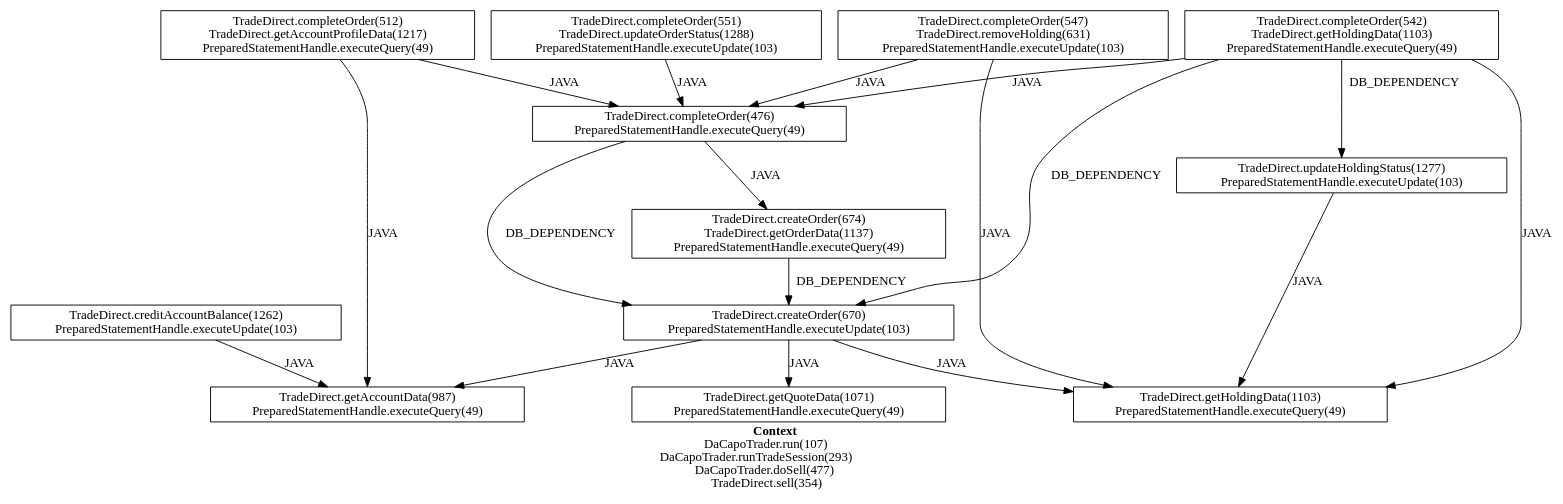
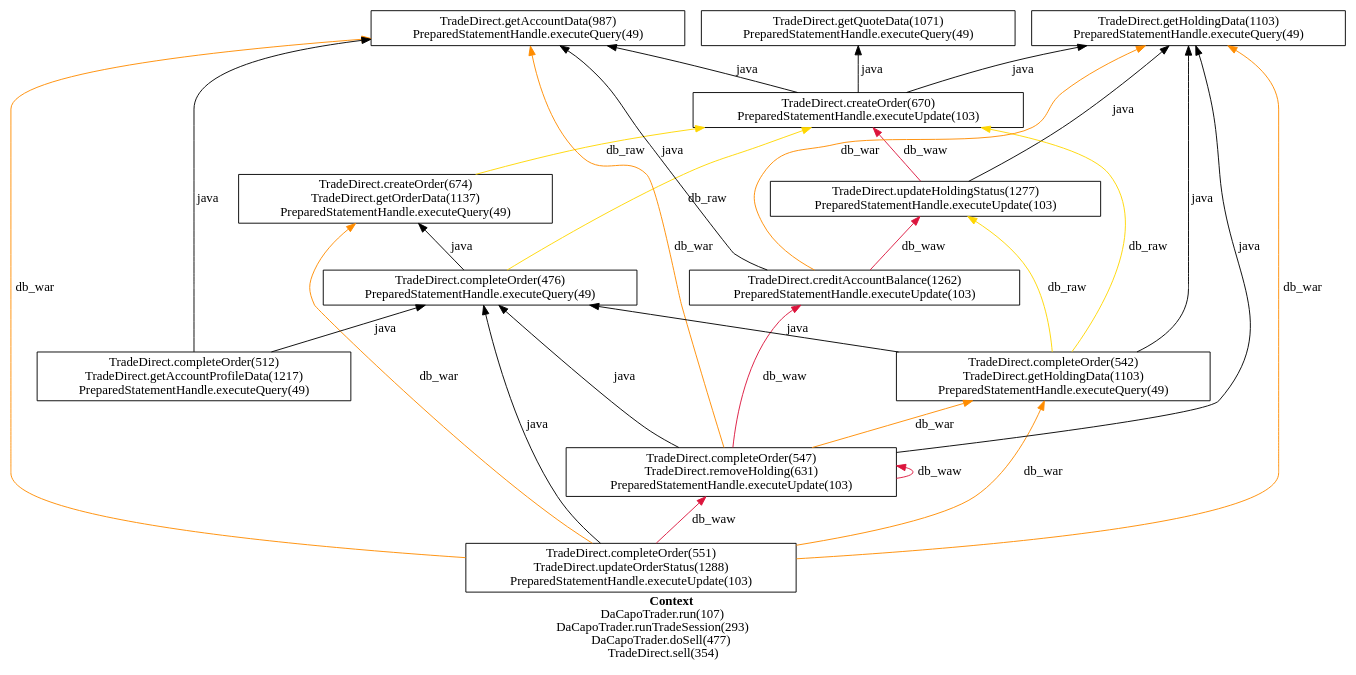
The diagram in pepe/results2/8.gv (jtamayo/pepe), drawn with Graphviz before and after one commit. The commit also changed 181 other files, not shown here.

```diff
--- a/pepe/results2/8.gv
+++ b/pepe/results2/8.gv
@@ -1,33 +1,44 @@
-digraph 454514340 { 
-label=<<font face="Times-Bold">Context</font><br/>DaCapoTrader.run(107)<br/>DaCapoTrader.runTradeSession(293)<br/>DaCapoTrader.doSell(477)<br/>TradeDirect.sell(354)>;
-//rankdir=RL;
+digraph 2125581447 { 
+label=<<font face="Times-Bold">Context</font><br/>DaCapoTrader.run(107)<br/>DaCapoTrader.runTradeSession(293)<br/>DaCapoTrader.doSell(477)<br/>TradeDirect.sell(354)>;rankdir=BT;
 1 [label="TradeDirect.completeOrder(476)\nPreparedStatementHandle.executeQuery(49)\n", shape=box];
 2 [label="TradeDirect.completeOrder(551)\nTradeDirect.updateOrderStatus(1288)\nPreparedStatementHandle.executeUpdate(103)\n", shape=box];
 3 [label="TradeDirect.getAccountData(987)\nPreparedStatementHandle.executeQuery(49)\n", shape=box];
 4 [label="TradeDirect.createOrder(674)\nTradeDirect.getOrderData(1137)\nPreparedStatementHandle.executeQuery(49)\n", shape=box];
 5 [label="TradeDirect.completeOrder(547)\nTradeDirect.removeHolding(631)\nPreparedStatementHandle.executeUpdate(103)\n", shape=box];
 6 [label="TradeDirect.getQuoteData(1071)\nPreparedStatementHandle.executeQuery(49)\n", shape=box];
 7 [label="TradeDirect.updateHoldingStatus(1277)\nPreparedStatementHandle.executeUpdate(103)\n", shape=box];
 8 [label="TradeDirect.completeOrder(542)\nTradeDirect.getHoldingData(1103)\nPreparedStatementHandle.executeQuery(49)\n", shape=box];
 9 [label="TradeDirect.creditAccountBalance(1262)\nPreparedStatementHandle.executeUpdate(103)\n", shape=box];
 10 [label="TradeDirect.createOrder(670)\nPreparedStatementHandle.executeUpdate(103)\n", shape=box];
 11 [label="TradeDirect.completeOrder(512)\nTradeDirect.getAccountProfileData(1217)\nPreparedStatementHandle.executeQuery(49)\n", shape=box];
 12 [label="TradeDirect.getHoldingData(1103)\nPreparedStatementHandle.executeQuery(49)\n", shape=box];
-1 -> 4 [label="JAVA"];
-1 -> 10 [label="DB_DEPENDENCY"];
-2 -> 1 [label="JAVA"];
-4 -> 10 [label="DB_DEPENDENCY"];
-5 -> 1 [label="JAVA"];
-5 -> 12 [label="JAVA"];
-7 -> 12 [label="JAVA"];
-8 -> 1 [label="JAVA"];
-8 -> 7 [label="DB_DEPENDENCY"];
-8 -> 10 [label="DB_DEPENDENCY"];
-8 -> 12 [label="JAVA"];
-9 -> 3 [label="JAVA"];
-10 -> 3 [label="JAVA"];
-10 -> 6 [label="JAVA"];
-10 -> 12 [label="JAVA"];
-11 -> 1 [label="JAVA"];
-11 -> 3 [label="JAVA"];
+1 -> 4 [label="java" color=black];
+1 -> 10 [label="db_raw" color=gold];
+2 -> 1 [label="java" color=black];
+2 -> 3 [label="db_war" color=darkorange];
+2 -> 4 [label="db_war" color=darkorange];
+2 -> 8 [label="db_war" color=darkorange];
+2 -> 5 [label="db_waw" color=crimson];
+2 -> 12 [label="db_war" color=darkorange];
+4 -> 10 [label="db_raw" color=gold];
+5 -> 1 [label="java" color=black];
+5 -> 3 [label="db_war" color=darkorange];
+5 -> 8 [label="db_war" color=darkorange];
+5 -> 5 [label="db_waw" color=crimson];
+5 -> 9 [label="db_waw" color=crimson];
+5 -> 12 [label="java" color=black];
+7 -> 10 [label="db_waw" color=crimson];
+7 -> 12 [label="java" color=black];
+8 -> 1 [label="java" color=black];
+8 -> 7 [label="db_raw" color=gold];
+8 -> 10 [label="db_raw" color=gold];
+8 -> 12 [label="java" color=black];
+9 -> 3 [label="java" color=black];
+9 -> 7 [label="db_waw" color=crimson];
+9 -> 12 [label="db_war" color=darkorange];
+10 -> 3 [label="java" color=black];
+10 -> 6 [label="java" color=black];
+10 -> 12 [label="java" color=black];
+11 -> 1 [label="java" color=black];
+11 -> 3 [label="java" color=black];
 }
```
